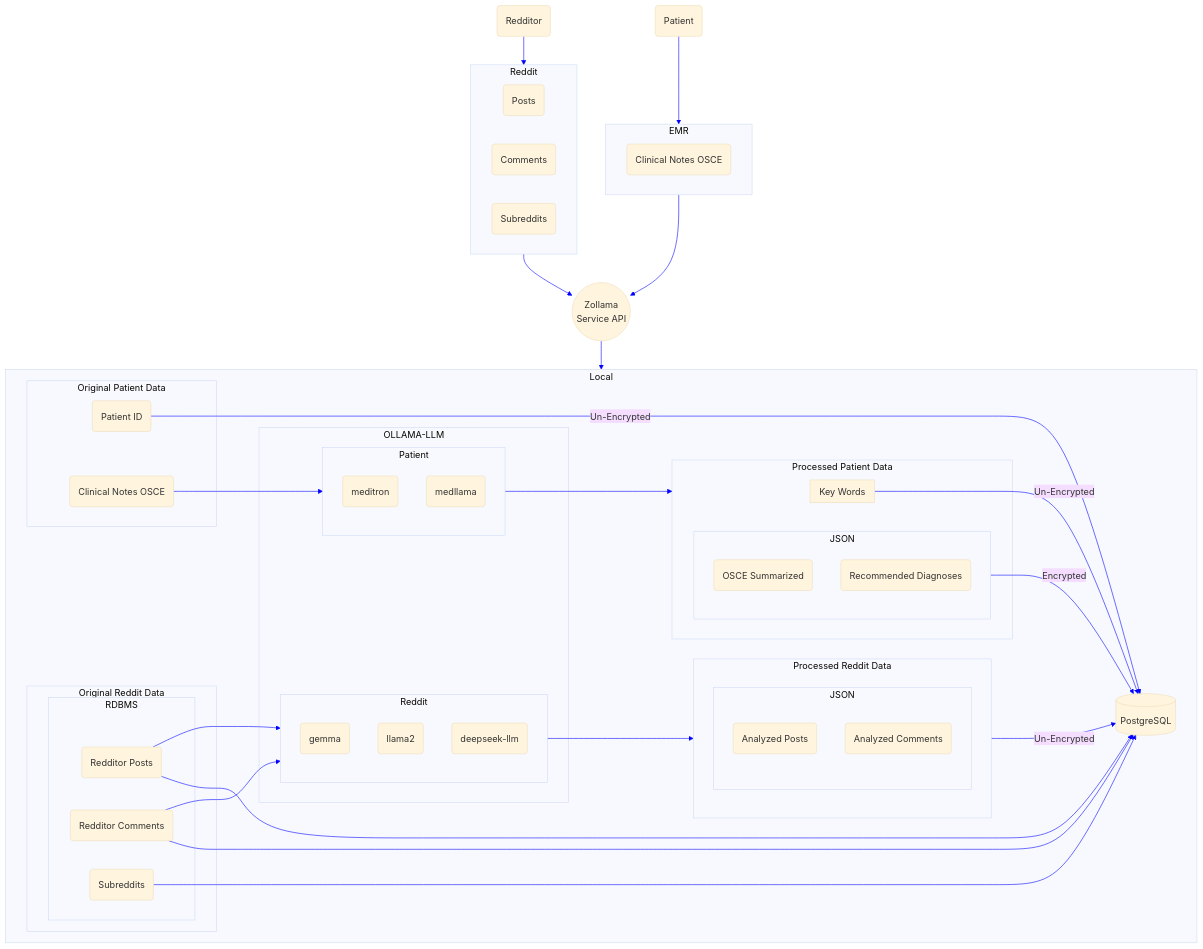
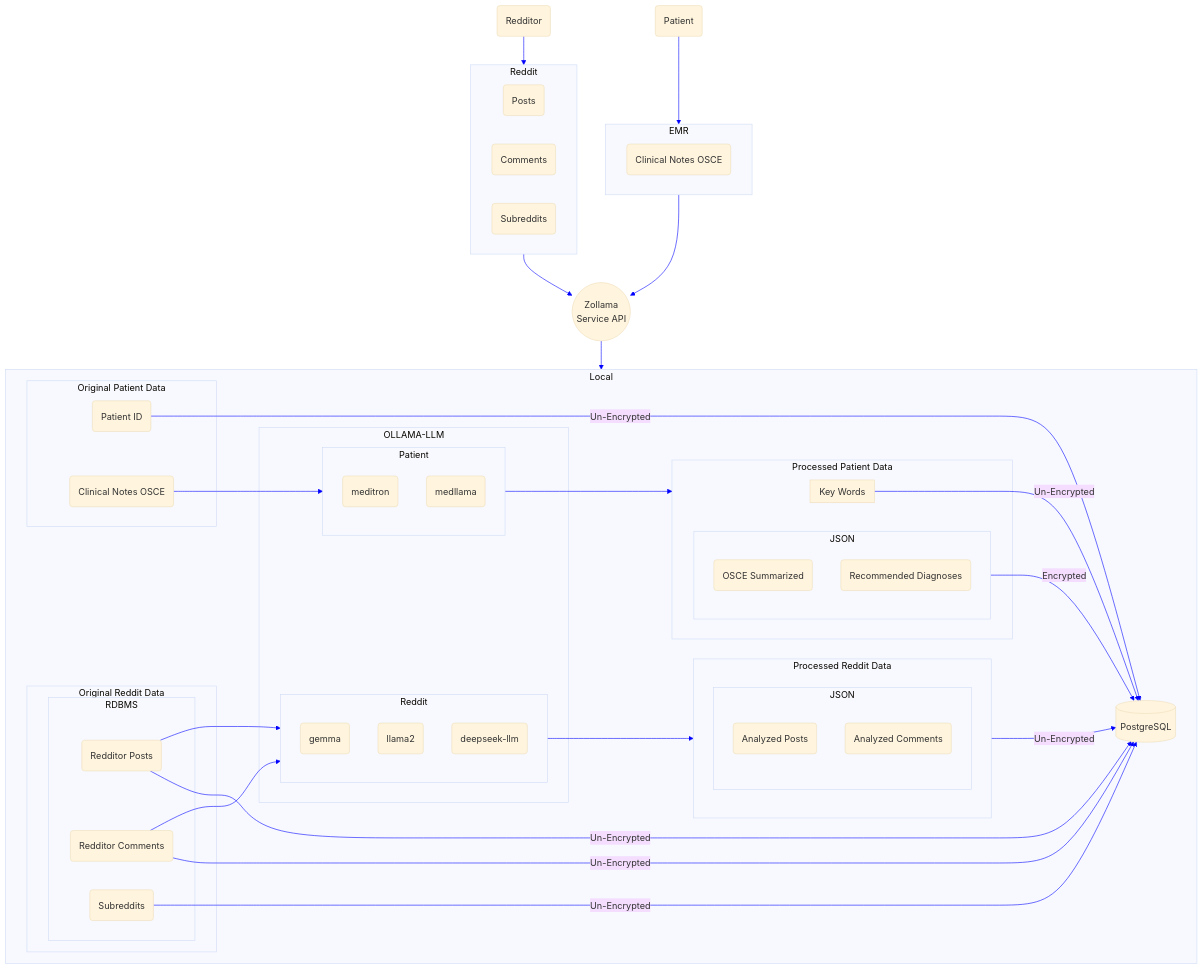
One commit to ovaisq/LLM-MedBillingForecast changed the first of 3 diagrams in README.md. Above: the diagram before and after it, drawn with Mermaid.

```diff
--- a/README.md
+++ b/README.md
@@ -33,9 +33,9 @@
 
 RDD --> RedditOllama
 RDE --> RedditOllama
-RDD --> D
-RDE --> D
-RDC --> D
+RDD --"Un-Encrypted"--> D
+RDE --"Un-Encrypted"--> D
+RDC --"Un-Encrypted"--> D
 OPDA --> PatientOllama
 OPDB -- "Un-Encrypted" --> D
 DiagnosticKeyWords -- "Un-Encrypted" --> D
```
